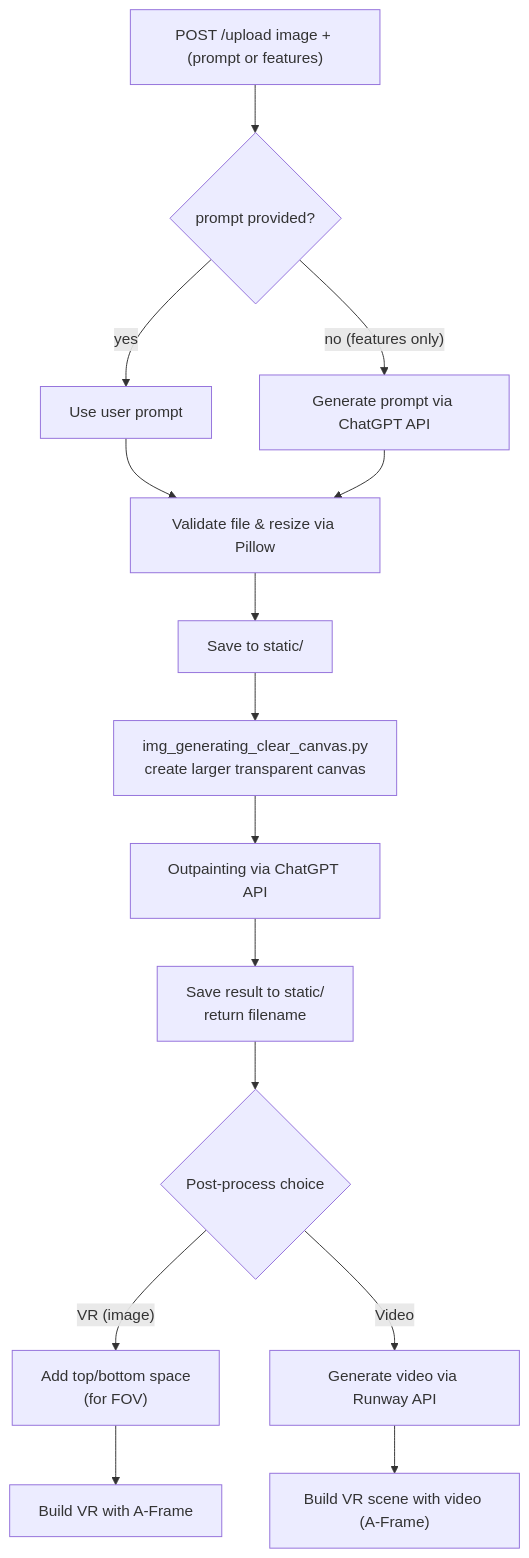
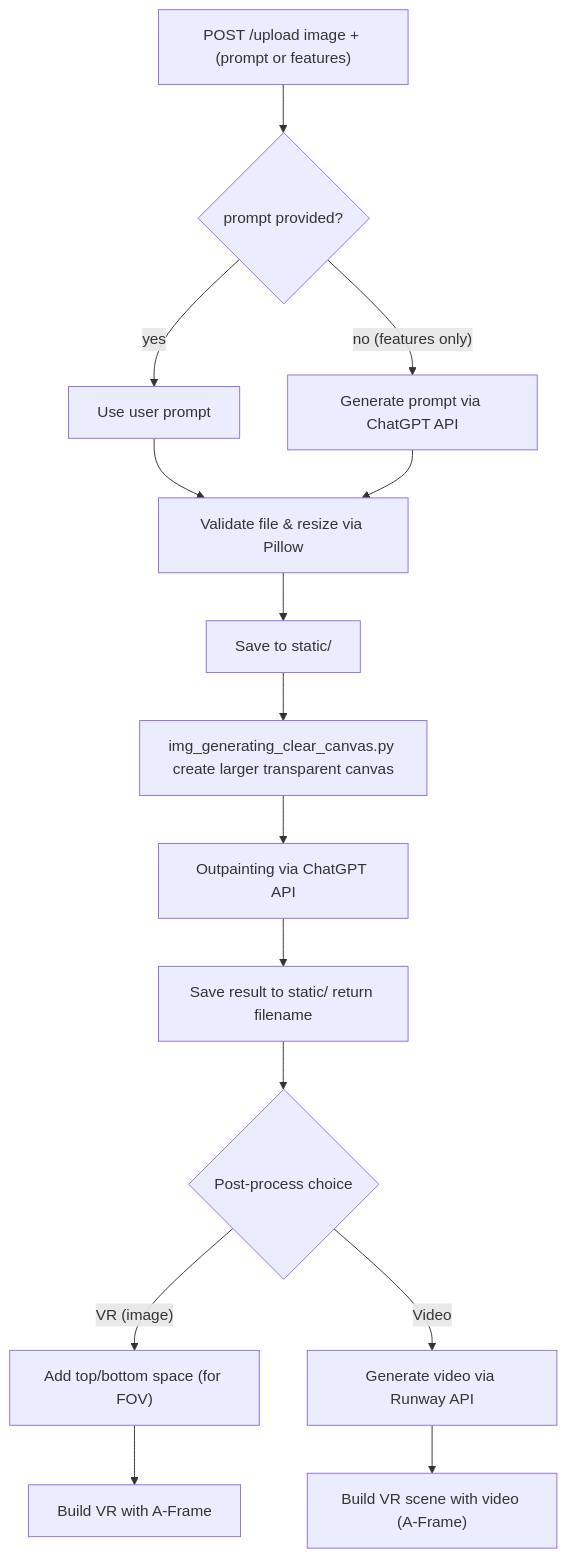
The diagram in README.md (rrayy-25809/flashback), drawn with Mermaid before and after one commit.

````diff
--- a/README.md
+++ b/README.md
@@ -67,17 +67,17 @@
 ```mermaid
 flowchart TD
   A["POST /upload image + (prompt or features)"] --> B{"prompt provided?"}
   B -- yes --> C["Use user prompt"]
   B -- no (features only) --> D["Generate prompt via ChatGPT API"]
   C --> E["Validate file & resize via Pillow"]
   D --> E
   E --> F["Save to static/"]
-  F --> G["img_generating_clear_canvas.py\ncreate larger transparent canvas"]
+  F --> G["img_generating_clear_canvas.py create larger transparent canvas"]
   G --> H["Outpainting via ChatGPT API"]
-  H --> I["Save result to static/\nreturn filename"]
+  H --> I["Save result to static/ return filename"]
   I --> J{"Post-process choice"}
-  J -- VR (image) --> K["Add top/bottom space\n(for FOV)"]
+  J -- VR (image) --> K["Add top/bottom space (for FOV)"]
   K --> L["Build VR with A-Frame"]
   J -- Video --> M["Generate video via Runway API"]
   M --> N["Build VR scene with video (A-Frame)"]
 ```
````
